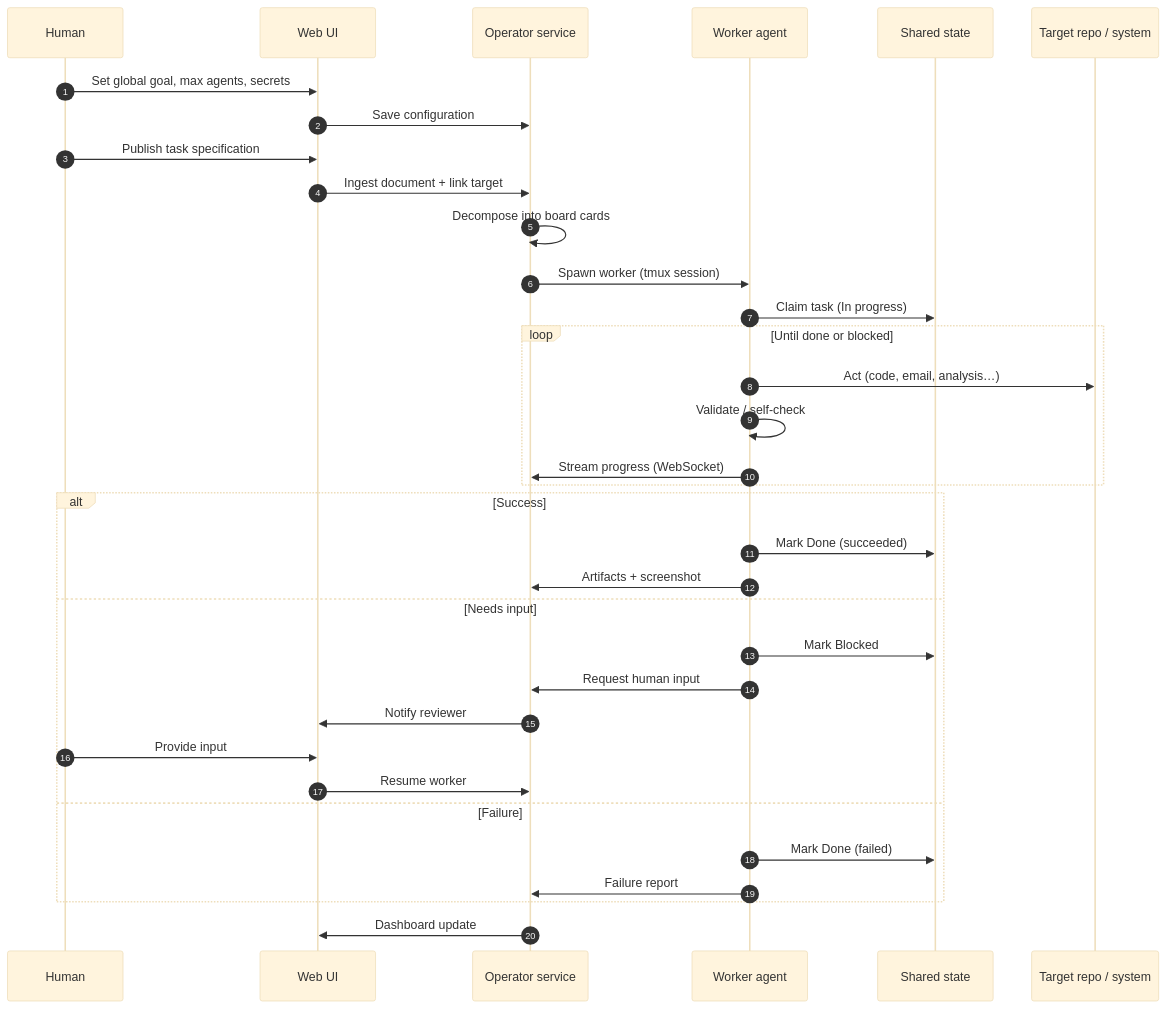
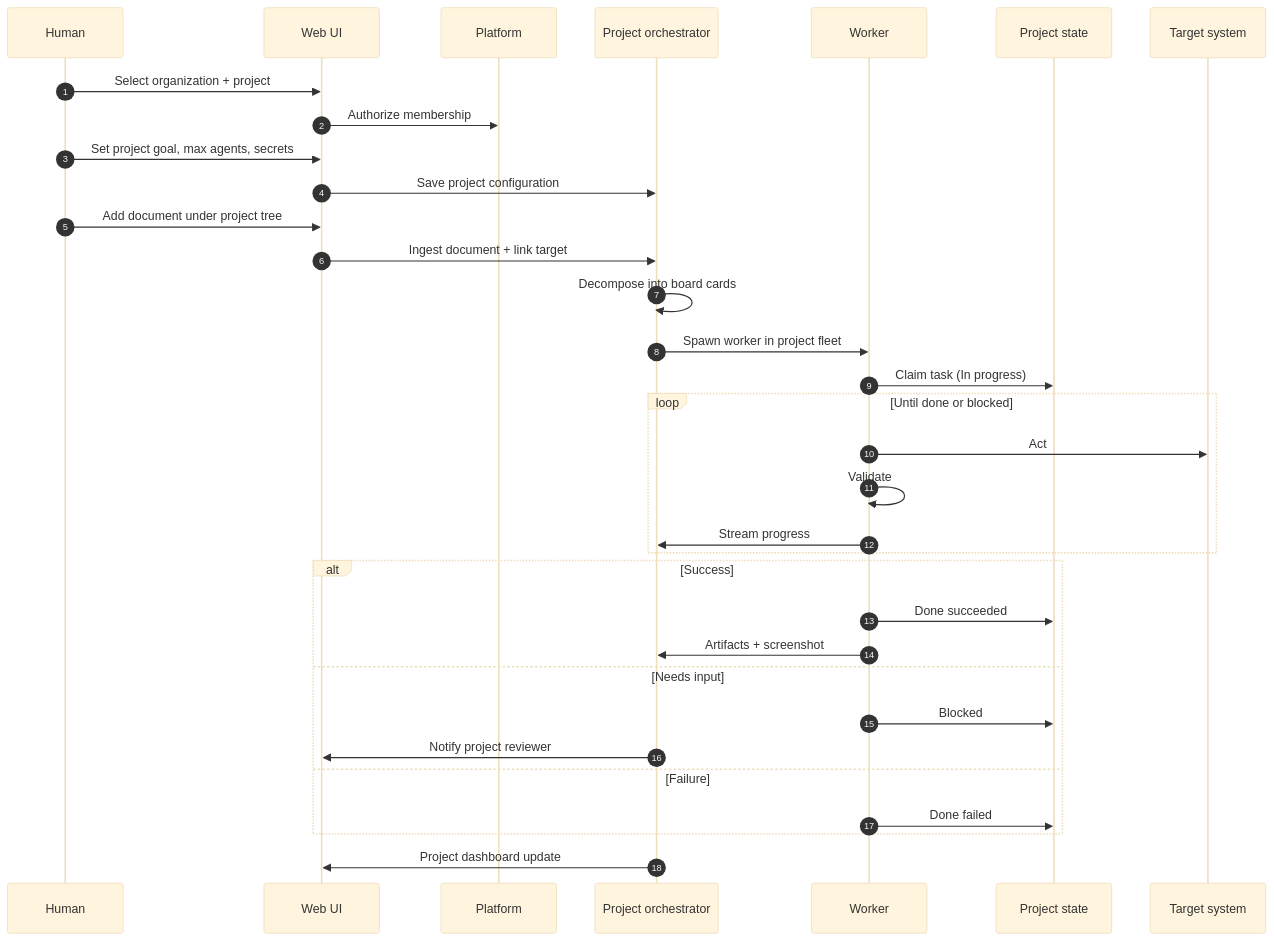
The diagram in artifacts/diagrams/worker-operator-sequence.mmd (OmChillure/fleet), drawn with Mermaid (base theme) before and after one commit. The commit also changed 47 other files, not shown here.

```diff
--- a/artifacts/diagrams/worker-operator-sequence.mmd
+++ b/artifacts/diagrams/worker-operator-sequence.mmd
@@ -1,35 +1,34 @@
 sequenceDiagram
   autonumber
   participant H as Human
   participant UI as Web UI
-  participant Op as Operator service
-  participant W as Worker agent
-  participant S as Shared state
-  participant T as Target repo / system
+  participant Plat as Platform
+  participant Orch as Project orchestrator
+  participant W as Worker
+  participant S as Project state
+  participant T as Target system
 
-  H->>UI: Set global goal, max agents, secrets
-  UI->>Op: Save configuration
-  H->>UI: Publish task specification
-  UI->>Op: Ingest document + link target
-  Op->>Op: Decompose into board cards
-  Op->>W: Spawn worker (tmux session)
+  H->>UI: Select organization + project
+  UI->>Plat: Authorize membership
+  H->>UI: Set project goal, max agents, secrets
+  UI->>Orch: Save project configuration
+  H->>UI: Add document under project tree
+  UI->>Orch: Ingest document + link target
+  Orch->>Orch: Decompose into board cards
+  Orch->>W: Spawn worker in project fleet
   W->>S: Claim task (In progress)
   loop Until done or blocked
-    W->>T: Act (code, email, analysis…)
-    W->>W: Validate / self-check
-    W->>Op: Stream progress (WebSocket)
+    W->>T: Act
+    W->>W: Validate
+    W->>Orch: Stream progress
   end
   alt Success
-    W->>S: Mark Done (succeeded)
-    W->>Op: Artifacts + screenshot
+    W->>S: Done succeeded
+    W->>Orch: Artifacts + screenshot
   else Needs input
-    W->>S: Mark Blocked
-    W->>Op: Request human input
-    Op->>UI: Notify reviewer
-    H->>UI: Provide input
-    UI->>Op: Resume worker
+    W->>S: Blocked
+    Orch->>UI: Notify project reviewer
   else Failure
-    W->>S: Mark Done (failed)
-    W->>Op: Failure report
+    W->>S: Done failed
   end
-  Op->>UI: Dashboard update
+  Orch->>UI: Project dashboard update
```
